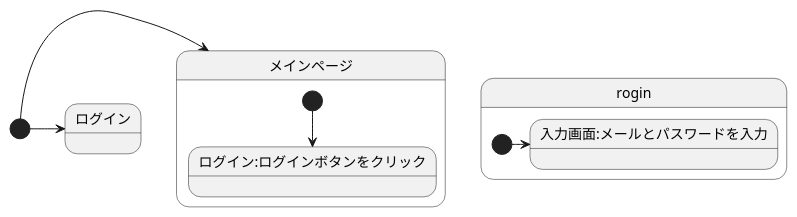
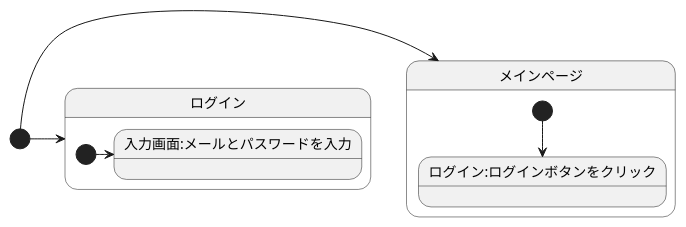
The diagram in UML.md (akutori/T-D-E), drawn with PlantUML before and after one commit.

````diff
--- a/UML.md
+++ b/UML.md
@@ -1,17 +1,17 @@
 ```uml
 @startuml
 [*]->メインページ
 state メインページ{
     [*]--> ログイン:ログインボタンをクリック
 }
 
 [*] -> ログイン
 
-state rogin{
+state ログイン{
     [*]-> 入力画面:メールとパスワードを入力
 }
 
 
 
 @enduml
 ```
````
